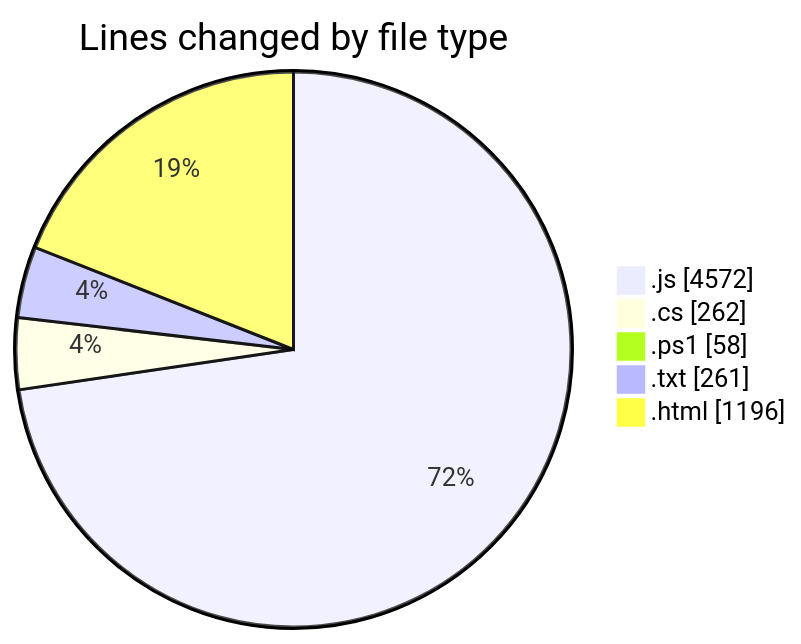
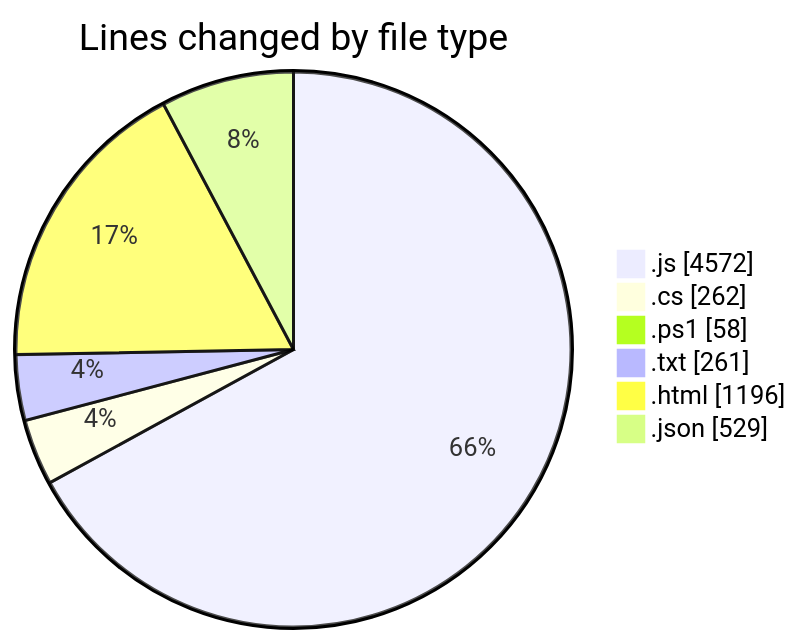
Before and after one commit to becaeroporto-bot/code-tracking: the first of 2 diagrams in 2026-02-17/bot_v1_2/README.md, drawn with Mermaid. The commit also changed other lines of this file and 1 other file, not shown here.

````diff
--- a/2026-02-17/bot_v1_2/README.md
+++ b/2026-02-17/bot_v1_2/README.md
@@ -35,9 +36,10 @@
 ```mermaid
 pie showData
 title Lines changed by file type
 ".js" : 4572
 ".cs" : 262
 ".ps1" : 58
 ".txt" : 261
 ".html" : 1196
+".json" : 529
 ```
````
